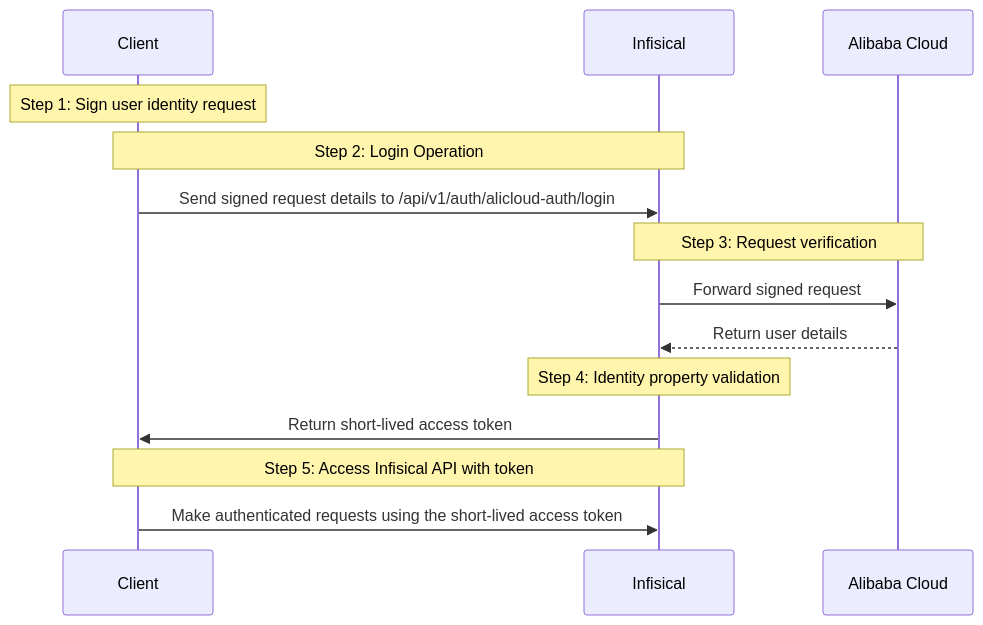
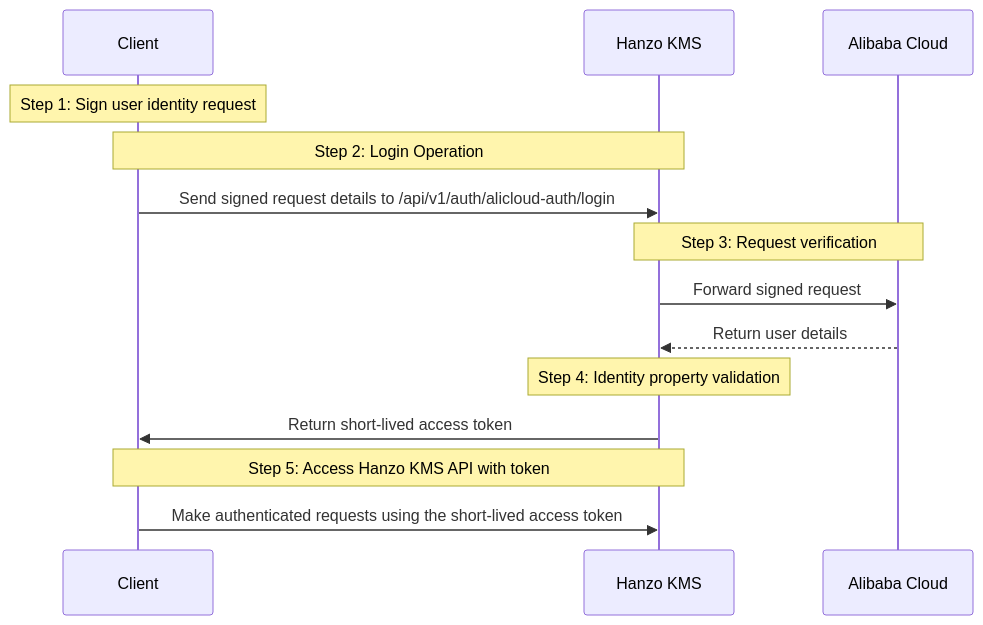
Before and after one commit to hanzoai/kms: the diagram in docs/documentation/platform/identities/alicloud-auth.mdx, drawn with Mermaid. The commit also changed other lines of this file and 927 other files, not shown here.

First line of the commit message:
feat: complete Hanzo KMS rebranding across upstream merge

````diff
--- a/docs/documentation/platform/identities/alicloud-auth.mdx
+++ b/docs/documentation/platform/identities/alicloud-auth.mdx
@@ -12,21 +12,21 @@
 ```mermaid
 sequenceDiagram
   participant Client
-  participant Infisical
+  participant Hanzo KMS
   participant Alibaba Cloud
 
   Note over Client,Client: Step 1: Sign user identity request
 
-  Note over Client,Infisical: Step 2: Login Operation
-  Client->>Infisical: Send signed request details to /api/v1/auth/alicloud-auth/login
+  Note over Client,Hanzo KMS: Step 2: Login Operation
+  Client->>Hanzo KMS: Send signed request details to /api/v1/auth/alicloud-auth/login
 
-  Note over Infisical,Alibaba Cloud: Step 3: Request verification
-  Infisical->>Alibaba Cloud: Forward signed request
-  Alibaba Cloud-->>Infisical: Return user details
+  Note over Hanzo KMS,Alibaba Cloud: Step 3: Request verification
+  Hanzo KMS->>Alibaba Cloud: Forward signed request
+  Alibaba Cloud-->>Hanzo KMS: Return user details
 
-  Note over Infisical: Step 4: Identity property validation
-  Infisical->>Client: Return short-lived access token
+  Note over Hanzo KMS: Step 4: Identity property validation
+  Hanzo KMS->>Client: Return short-lived access token
 
-  Note over Client,Infisical: Step 5: Access Infisical API with token
-  Client->>Infisical: Make authenticated requests using the short-lived access token
+  Note over Client,Hanzo KMS: Step 5: Access Hanzo KMS API with token
+  Client->>Hanzo KMS: Make authenticated requests using the short-lived access token
 ```
````
